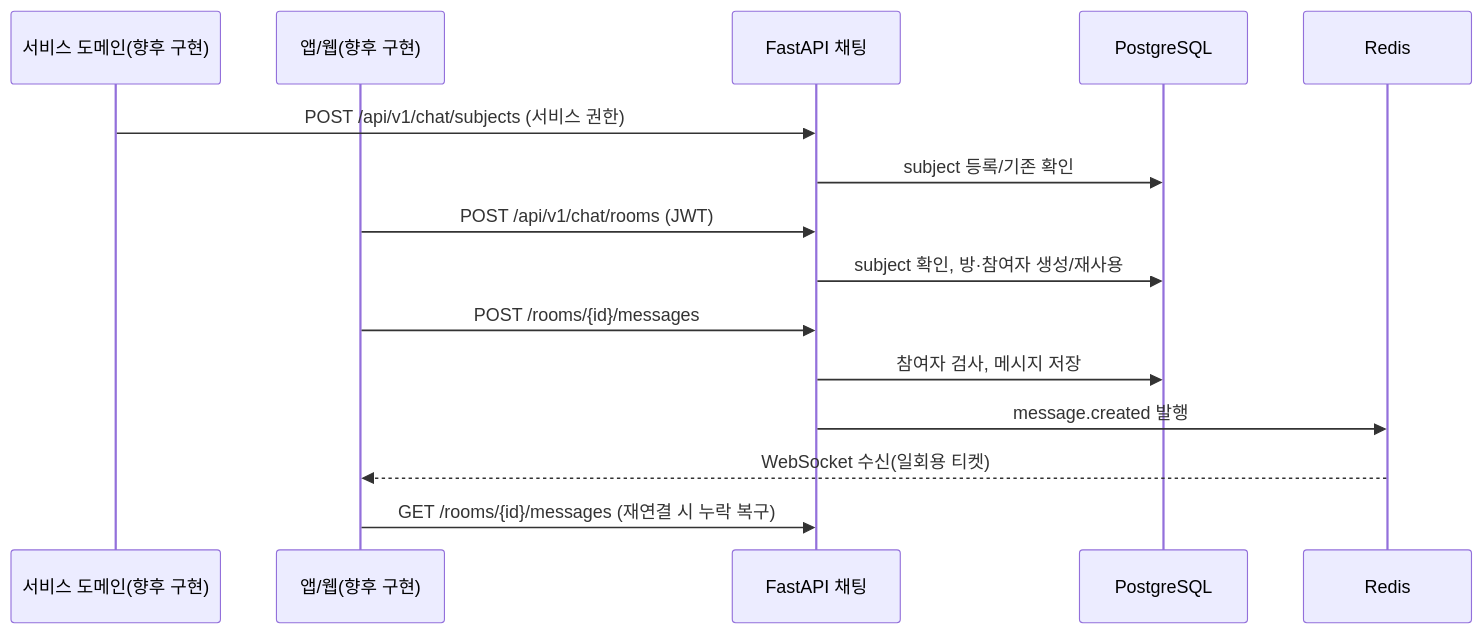
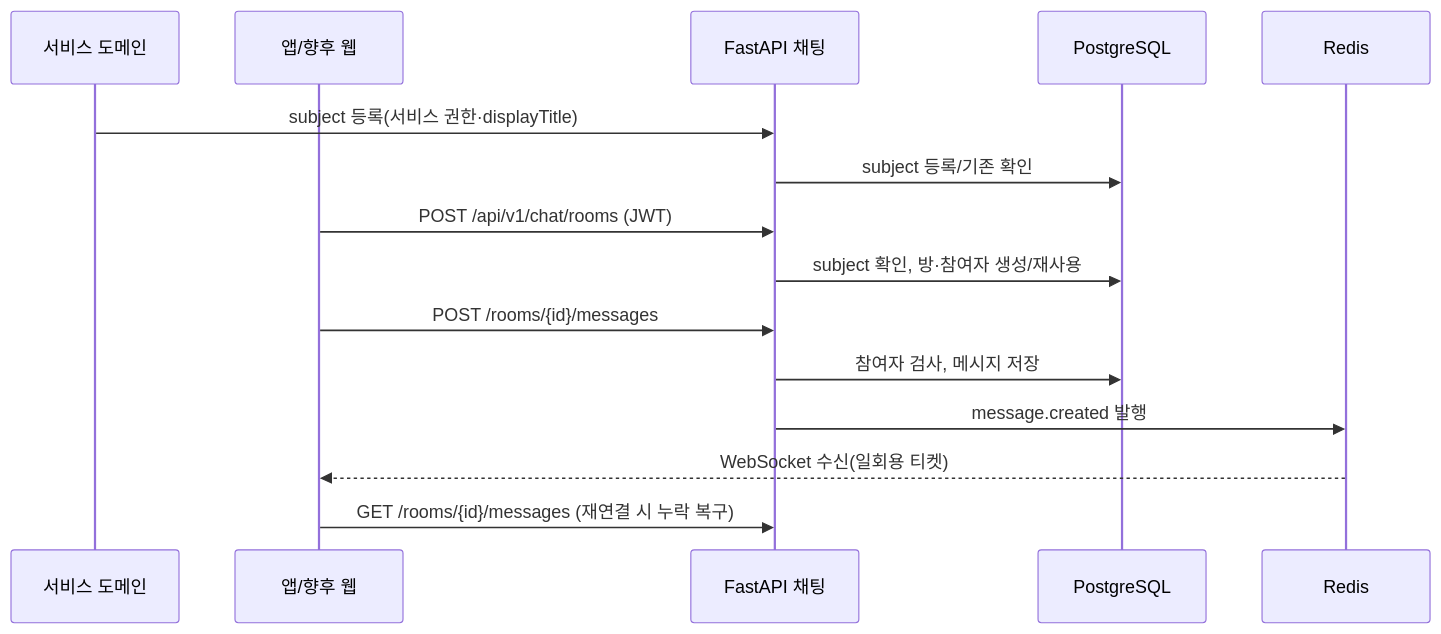
One commit to mintechstrategy/kimgosu changed the fourth of 9 diagrams in docs/architecture/SERVICE-SEQUENCES.md. Above: the diagram before and after it, drawn with Mermaid. The commit also changed other lines of this file and 19 other files, not shown here.

Commit message:
Add cumulative integration scenarios and chat subject labels

````diff
--- a/docs/architecture/SERVICE-SEQUENCES.md
+++ b/docs/architecture/SERVICE-SEQUENCES.md
@@ -93,17 +93,17 @@
 ```mermaid
 sequenceDiagram
-    participant Domain as 서비스 도메인(향후 구현)
-    participant App as 앱/웹(향후 구현)
+    participant Domain as 서비스 도메인
+    participant App as 앱/향후 웹
     participant API as FastAPI 채팅
     participant DB as PostgreSQL
     participant Redis as Redis
-    Domain->>API: POST /api/v1/chat/subjects (서비스 권한)
+    Domain->>API: subject 등록(서비스 권한·displayTitle)
     API->>DB: subject 등록/기존 확인
     App->>API: POST /api/v1/chat/rooms (JWT)
     API->>DB: subject 확인, 방·참여자 생성/재사용
     App->>API: POST /rooms/{id}/messages
     API->>DB: 참여자 검사, 메시지 저장
     API->>Redis: message.created 발행
     Redis-->>App: WebSocket 수신(일회용 티켓)
     App->>API: GET /rooms/{id}/messages (재연결 시 누락 복구)
 ```
````
